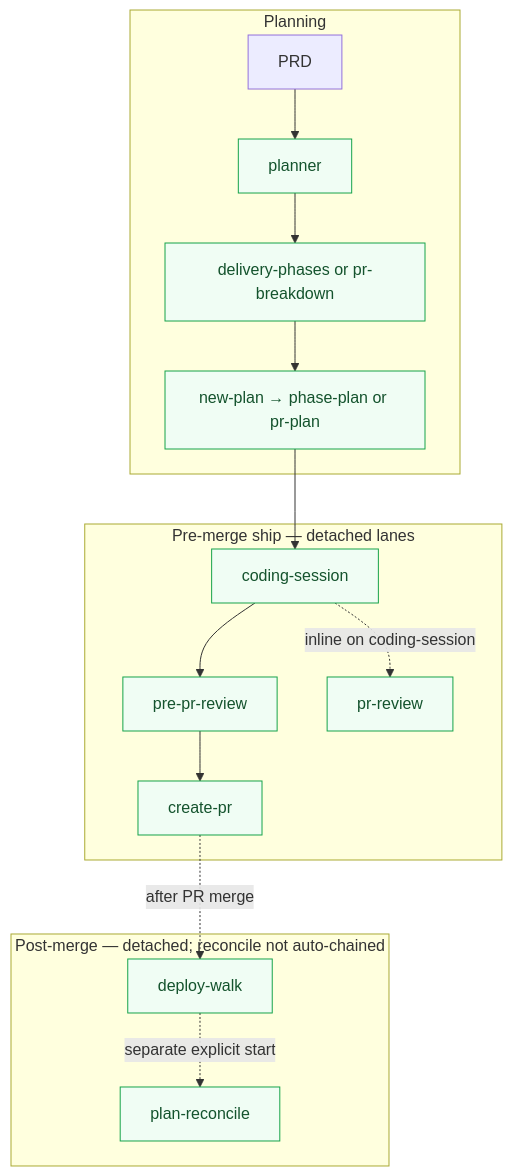
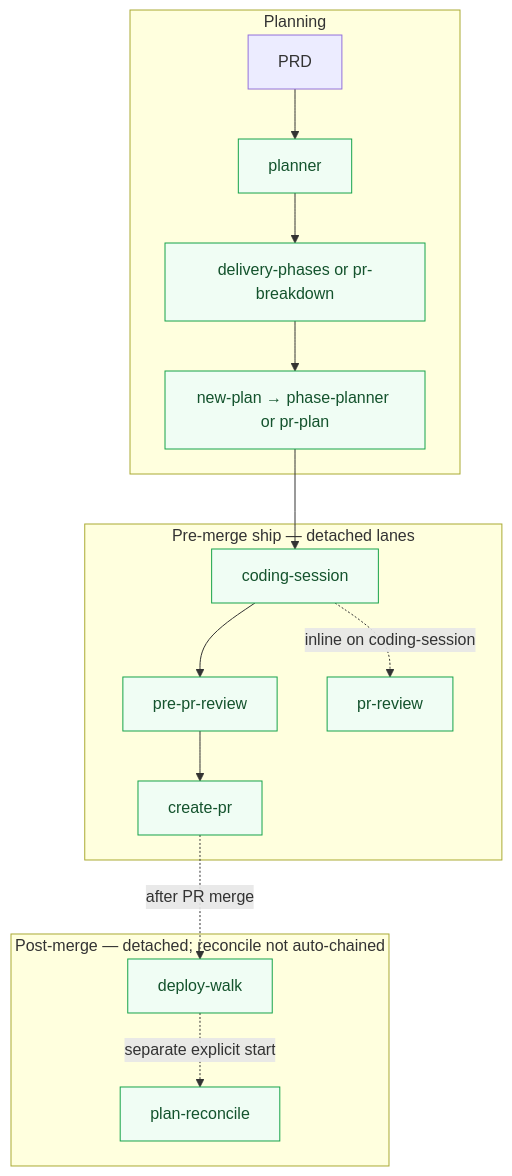
The first of 3 diagrams in missions/plan-and-deliver/plan.mdc (sedea-centers/research-and-development), drawn with Mermaid before and after one commit. The commit also changed other lines of this file and 11 other files, not shown here.

First line of the commit message:
Rename phase-plan skill to phase-planner for consolidated planning lane.

````diff
--- a/missions/plan-and-deliver/plan.mdc
+++ b/missions/plan-and-deliver/plan.mdc
@@ -18,27 +18,27 @@
 ```mermaid
 flowchart TB
   classDef branch fill:#f0fdf4,stroke:#16a34a,color:#14532d
 
   subgraph plan["Planning"]
     PRD[PRD] --> MPB[planner]:::branch
     MPB --> DEC[delivery-phases or pr-breakdown]:::branch
-    DEC --> CHILD[new-plan → phase-plan or pr-plan]:::branch
+    DEC --> CHILD[new-plan → phase-planner or pr-plan]:::branch
   end
 
   subgraph pre["Pre-merge ship — detached lanes"]
     CSB[coding-session]:::branch
     PPRB[pre-pr-review]:::branch
     CPRB[create-pr]:::branch
     REVB[pr-review]:::branch
     CHILD --> CSB
     CSB --> PPRB --> CPRB
     CSB -.->|inline on coding-session| REVB
   end
 
   subgraph post["Post-merge — detached; reconcile not auto-chained"]
     DWB[deploy-walk]:::branch
     RECB[plan-reconcile]:::branch
     CPRB -.->|after PR merge| DWB
     DWB -.->|separate explicit start| RECB
   end
 ```
````
